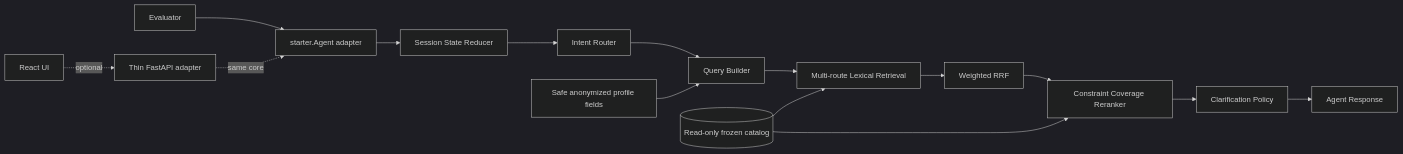
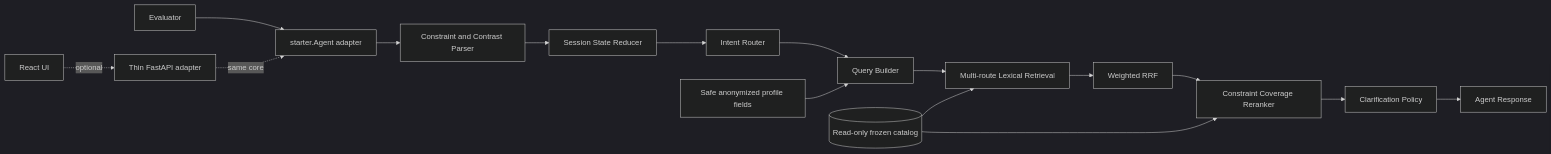
Before and after one commit to narmi924/shopping-copilot: the diagram in docs/architecture.md, drawn with Mermaid (dark theme). The commit also changed other lines of this file and 18 other files, not shown here.

````diff
--- a/docs/architecture.md
+++ b/docs/architecture.md
@@ -5,19 +5,20 @@
 ```mermaid
 flowchart LR
     E[Evaluator] --> A[starter.Agent adapter]
-    A --> S[Session State Reducer]
+    A --> X[Constraint and Contrast Parser]
+    X --> S[Session State Reducer]
     S --> I[Intent Router]
     I --> Q[Query Builder]
     Q --> L[Multi-route Lexical Retrieval]
     L --> R[Weighted RRF]
     R --> CR[Constraint Coverage Reranker]
     CR --> C[Clarification Policy]
     C --> O[Agent Response]
 
     K[(Read-only frozen catalog)] --> L
     K --> CR
     P[Safe anonymized profile fields] --> Q
 
     UI[React UI] -. optional .-> API[Thin FastAPI adapter]
     API -. same core .-> A
 ```
````
